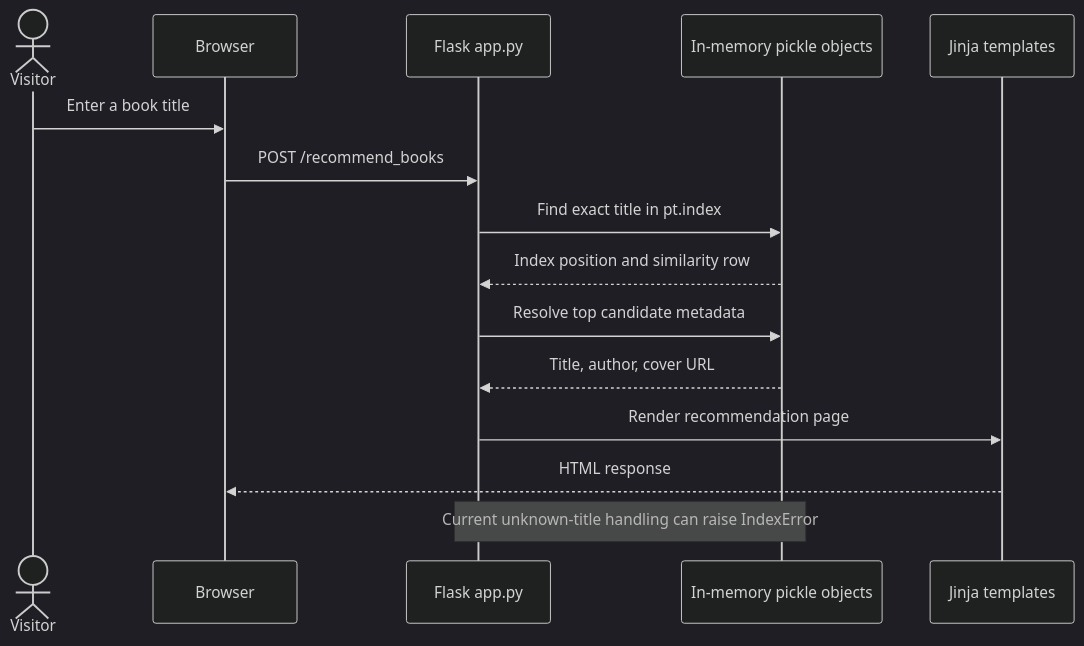
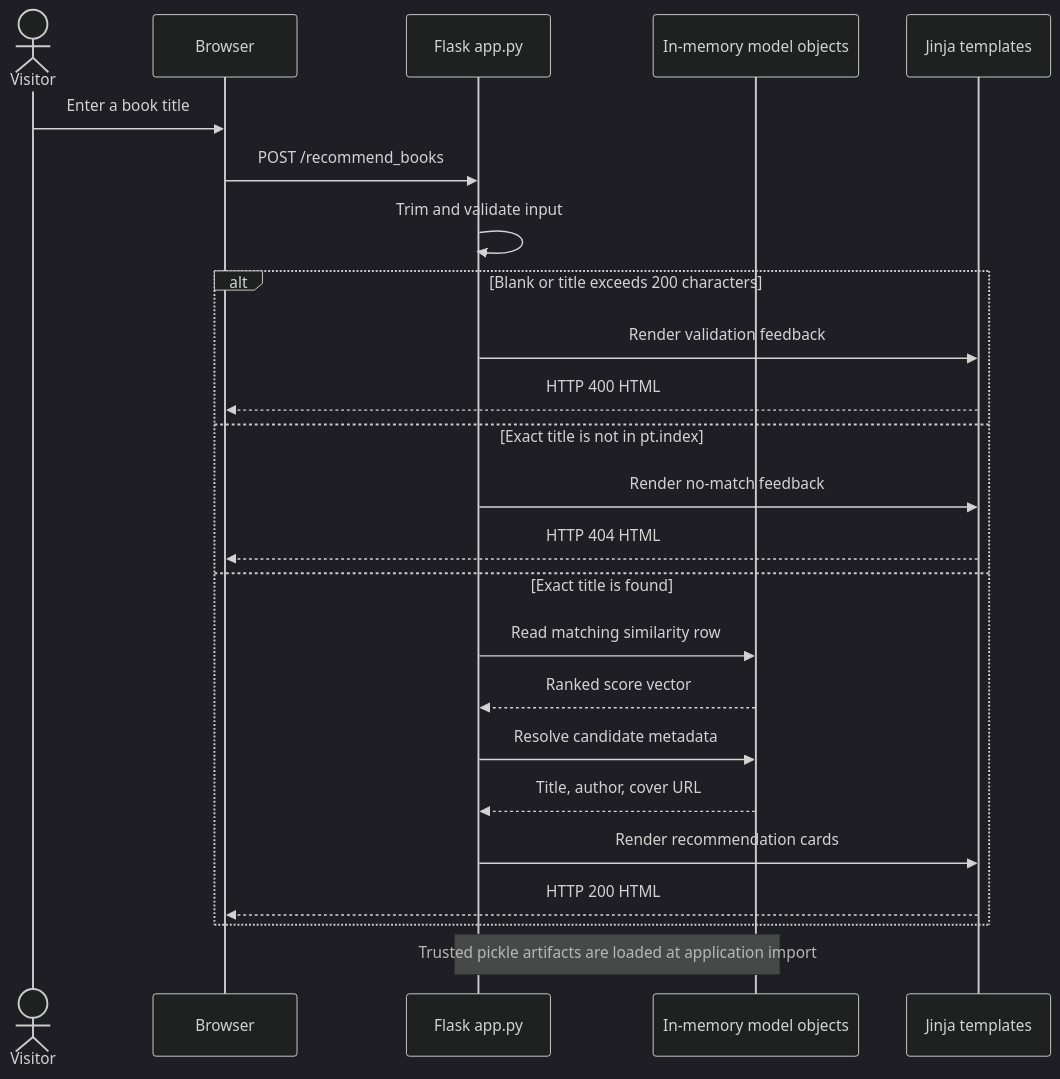
Before and after one commit to Brajesh31/Book-Recommender: the diagram in docs/diagrams/request-sequence.mmd, drawn with Mermaid (dark theme).

Commit message:
docs: align diagrams with validated request flow

```diff
--- a/docs/diagrams/request-sequence.mmd
+++ b/docs/diagrams/request-sequence.mmd
@@ -1,15 +1,24 @@
 sequenceDiagram
   actor Visitor
   participant Browser
   participant Flask as Flask app.py
-  participant Model as In-memory pickle objects
+  participant Model as In-memory model objects
   participant Jinja as Jinja templates
   Visitor->>Browser: Enter a book title
   Browser->>Flask: POST /recommend_books
-  Flask->>Model: Find exact title in pt.index
-  Model-->>Flask: Index position and similarity row
-  Flask->>Model: Resolve top candidate metadata
-  Model-->>Flask: Title, author, cover URL
-  Flask->>Jinja: Render recommendation page
-  Jinja-->>Browser: HTML response
-  Note over Flask,Model: Current unknown-title handling can raise IndexError
+  Flask->>Flask: Trim and validate input
+  alt Blank or title exceeds 200 characters
+    Flask->>Jinja: Render validation feedback
+    Jinja-->>Browser: HTTP 400 HTML
+  else Exact title is not in pt.index
+    Flask->>Jinja: Render no-match feedback
+    Jinja-->>Browser: HTTP 404 HTML
+  else Exact title is found
+    Flask->>Model: Read matching similarity row
+    Model-->>Flask: Ranked score vector
+    Flask->>Model: Resolve candidate metadata
+    Model-->>Flask: Title, author, cover URL
+    Flask->>Jinja: Render recommendation cards
+    Jinja-->>Browser: HTTP 200 HTML
+  end
+  Note over Flask,Model: Trusted pickle artifacts are loaded at application import
```
